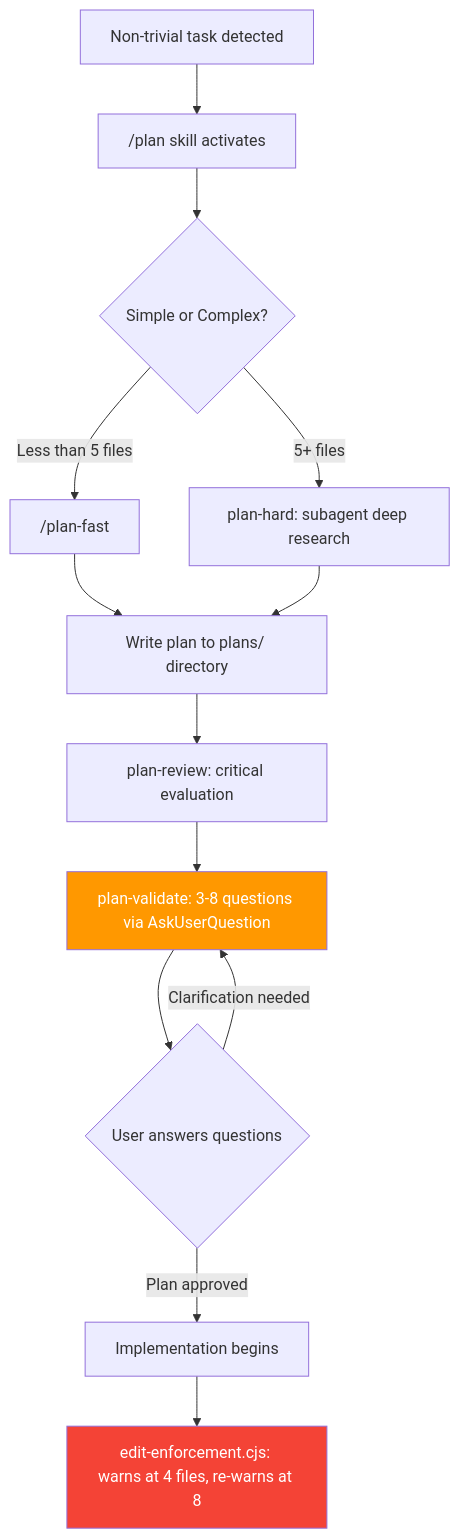
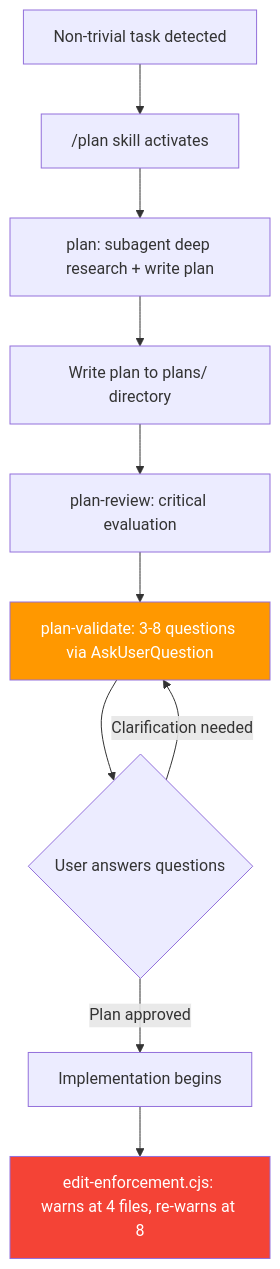
Before and after one commit to duc01226/easy-claude: diagram 11 of 20 in .claude/docs/claude-ai-agent-framework-guide.md, drawn with Mermaid. The commit also changed other lines of this file and 630 other files, not shown here.

````diff
--- a/.claude/docs/claude-ai-agent-framework-guide.md
+++ b/.claude/docs/claude-ai-agent-framework-guide.md
@@ -1146,20 +1140,18 @@
 ```mermaid
 flowchart TB
     A["Non-trivial task detected"] --> B["/plan skill activates"]
-    B --> C{"Simple or Complex?"}
-    C -->|"Less than 5 files"| D["/plan-fast"]
-    C -->|"5+ files"| E["plan-hard: subagent deep research"]
+    B --> C["plan: subagent deep research + write plan"]
 
-    D & E --> F["Write plan to plans/ directory"]
+    C --> F["Write plan to plans/ directory"]
     F --> G["plan-review: critical evaluation"]
     G --> H["plan-validate: 3-8 questions via AskUserQuestion"]
 
     H --> I{"User answers questions"}
     I -->|"Clarification needed"| H
     I -->|"Plan approved"| J["Implementation begins"]
 
     J --> K["edit-enforcement.cjs: warns at 4 files, re-warns at 8"]
 
     style H fill:#FF9800,color:white
     style K fill:#f44336,color:white
 ```
````
